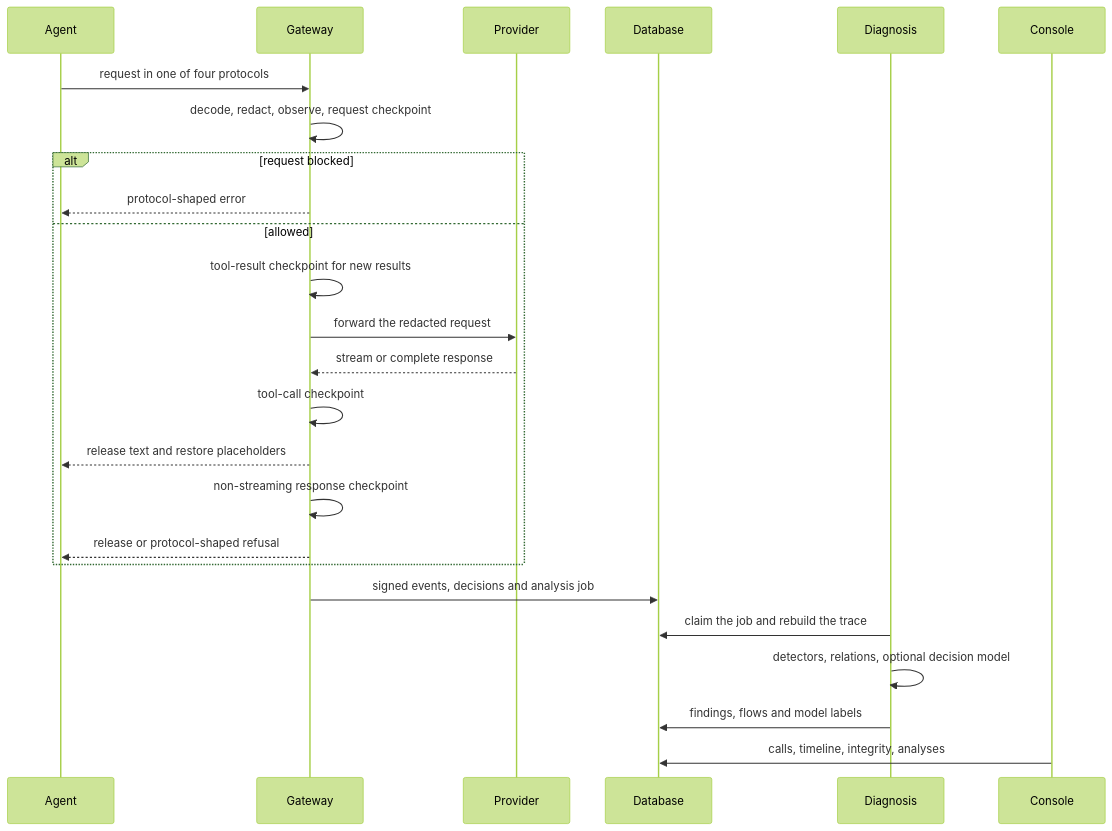
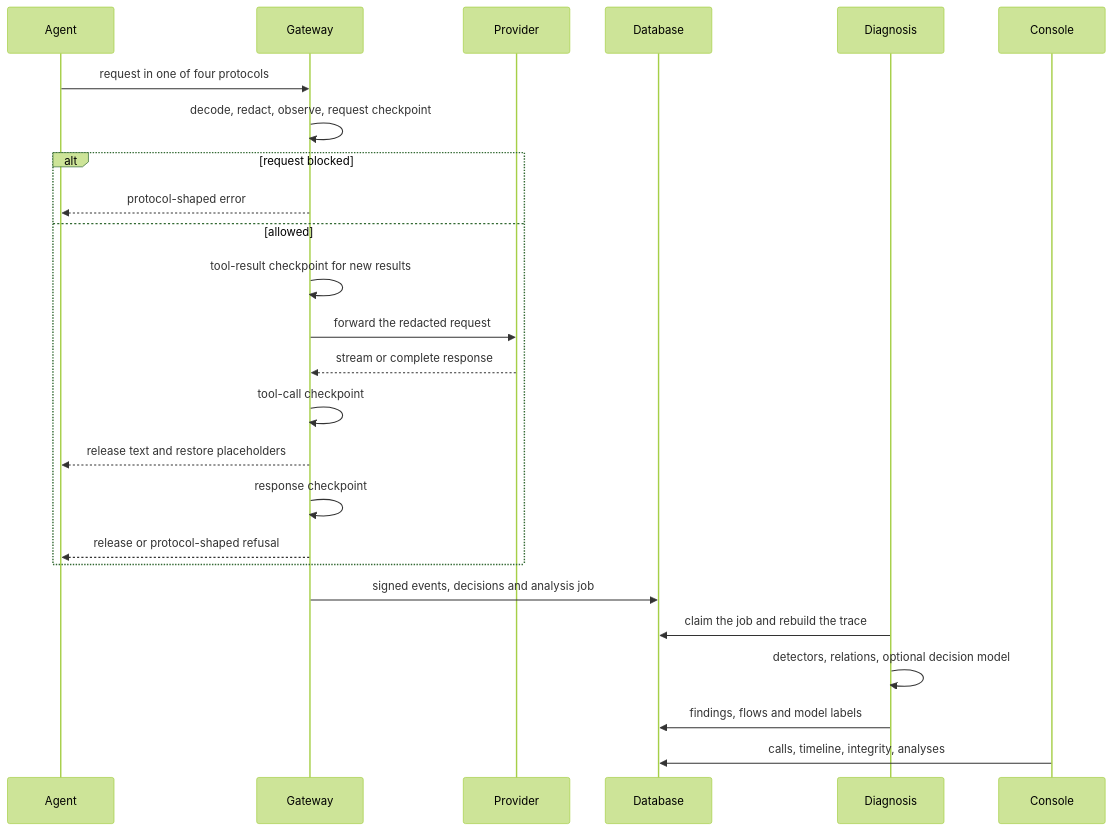
One commit to yv1ing/SafeAgent changed the second of 2 diagrams in docs/human/architecture.md. Above: the diagram before and after it, drawn with Mermaid (forest theme). The commit also changed other lines of this file and 69 other files, not shown here.

Commit message:
feat: add bounded streaming review before the first response byte

````diff
--- a/docs/human/architecture.md
+++ b/docs/human/architecture.md
@@ -52,28 +52,28 @@
 ```mermaid
 sequenceDiagram
     participant Agent
     participant Gateway
     participant Provider
     participant Database
     participant Diagnosis
     participant Console
 
     Agent->>Gateway: request in one of four protocols
     Gateway->>Gateway: decode, redact, observe, request checkpoint
     alt request blocked
         Gateway-->>Agent: protocol-shaped error
     else allowed
         Gateway->>Gateway: tool-result checkpoint for new results
         Gateway->>Provider: forward the redacted request
         Provider-->>Gateway: stream or complete response
         Gateway->>Gateway: tool-call checkpoint
         Gateway-->>Agent: release text and restore placeholders
-        Gateway->>Gateway: non-streaming response checkpoint
+        Gateway->>Gateway: response checkpoint
         Gateway-->>Agent: release or protocol-shaped refusal
     end
     Gateway->>Database: signed events, decisions and analysis job
     Diagnosis->>Database: claim the job and rebuild the trace
     Diagnosis->>Diagnosis: detectors, relations, optional decision model
     Diagnosis->>Database: findings, flows and model labels
     Console->>Database: calls, timeline, integrity, analyses
 ```
````
